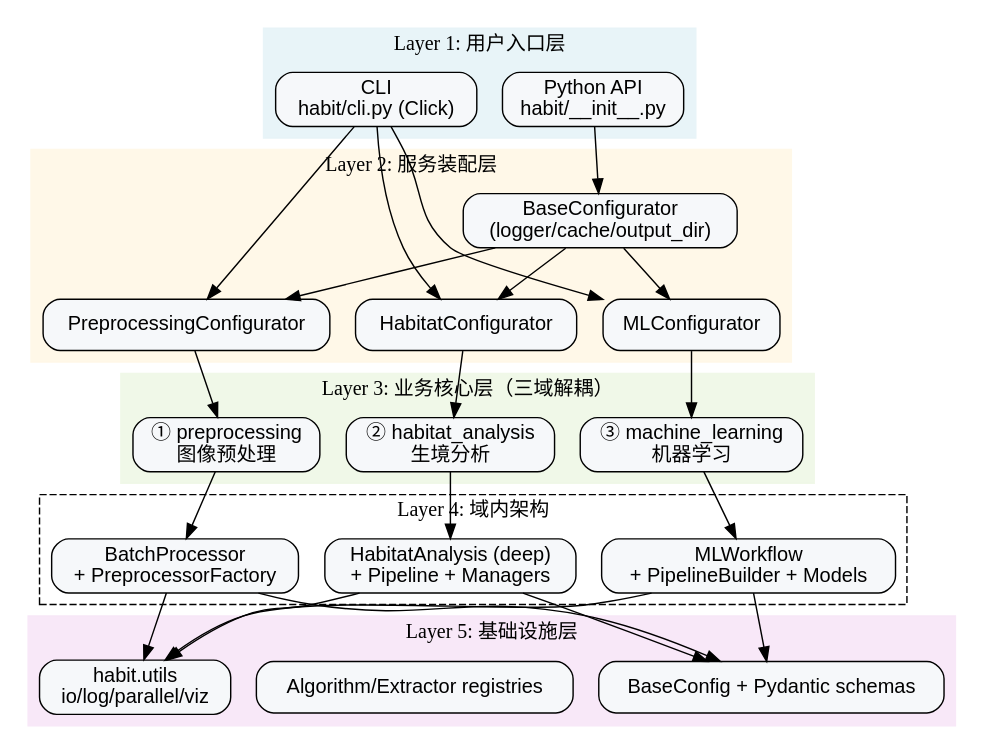
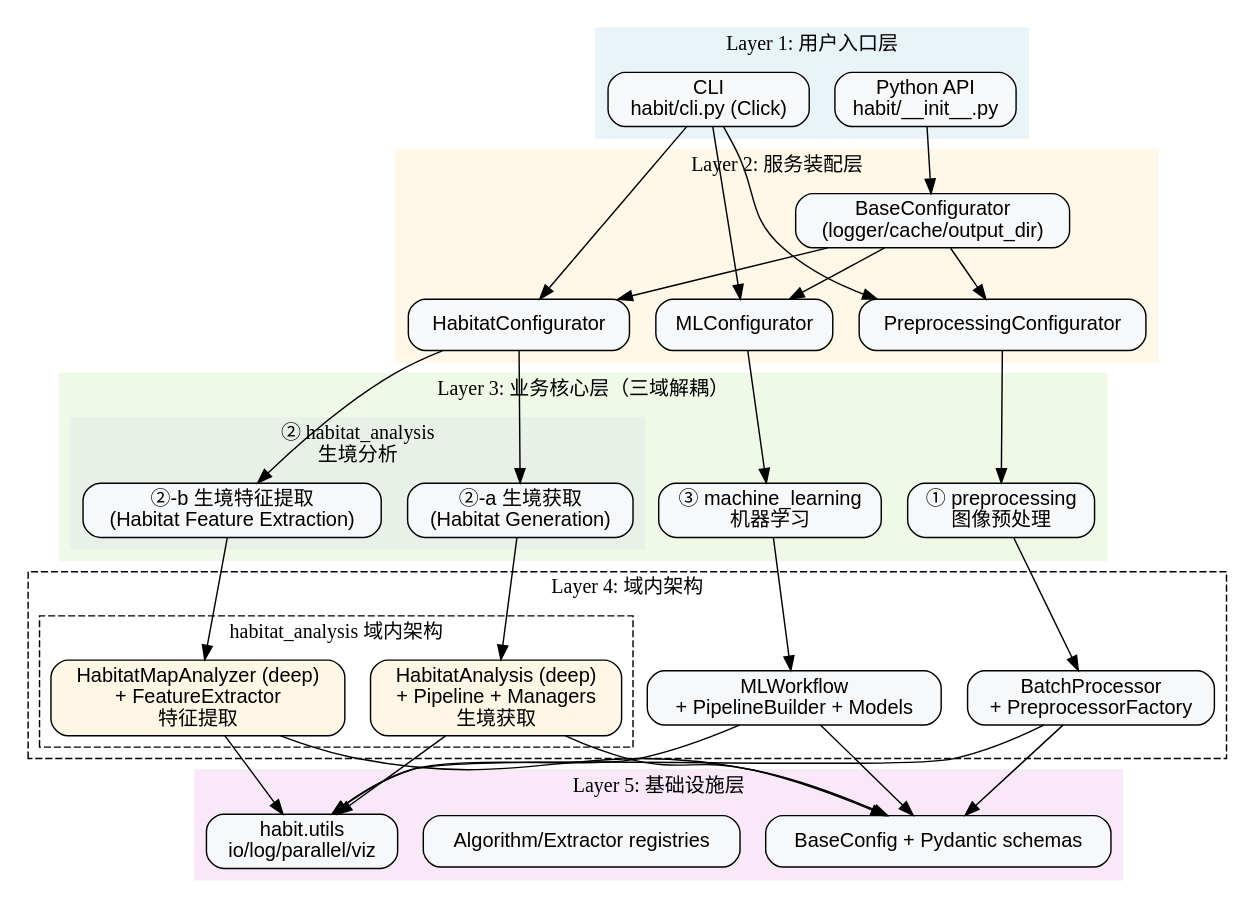
One commit to lichao312214129/HABIT changed the first of 5 diagrams in docs/source/development/architecture.rst. Above: the diagram before and after it, drawn with Graphviz. The commit also changed other lines of this file and 1 other file, not shown here.

```diff
--- a/docs/source/development/architecture.rst
+++ b/docs/source/development/architecture.rst
@@ -64,7 +68,12 @@
            label="Layer 3: 业务核心层（三域解耦）";
            style=filled; color="#f0f8e8";
            Pre [label="① preprocessing\n图像预处理"];
-           Habitat [label="② habitat_analysis\n生境分析"];
+           subgraph cluster_habitat {
+               label="② habitat_analysis\n生境分析";
+               style=filled; color="#e8f0e8";
+               HabitatGen [label="②-a 生境获取\n(Habitat Generation)"];
+               HabitatFeat [label="②-b 生境特征提取\n(Habitat Feature Extraction)"];
+           }
            ML [label="③ machine_learning\n机器学习"];
        }
 
@@ -72,7 +81,12 @@
            label="Layer 4: 域内架构";
            style=dashed; color="#bbb";
            PreArch [label="BatchProcessor\n+ PreprocessorFactory"];
-           HabitatArch [label="HabitatAnalysis (deep)\n+ Pipeline + Managers"];
+           subgraph cluster_habitat_arch {
+               label="habitat_analysis 域内架构";
+               style=dashed;
+               GenArch [label="HabitatAnalysis (deep)\n+ Pipeline + Managers\n生境获取", fillcolor="#fff7e6"];
+               FeatArch [label="HabitatMapAnalyzer (deep)\n+ FeatureExtractor\n特征提取", fillcolor="#fff7e6"];
+           }
            MLArch [label="MLWorkflow\n+ PipelineBuilder + Models"];
        }
 
@@ -94,18 +108,22 @@
        BaseCfg -> PreCfg;
 
        PreCfg -> Pre;
-       HabitatCfg -> Habitat;
+       HabitatCfg -> HabitatGen;
+       HabitatCfg -> HabitatFeat;
        MLCfg -> ML;
 
        Pre -> PreArch;
-       Habitat -> HabitatArch;
+       HabitatGen -> GenArch;
+       HabitatFeat -> FeatArch;
        ML -> MLArch;
 
        PreArch -> Configs;
-       HabitatArch -> Configs;
+       GenArch -> Configs;
+       FeatArch -> Configs;
        MLArch -> Configs;
 
        PreArch -> Utils;
-       HabitatArch -> Utils;
+       GenArch -> Utils;
+       FeatArch -> Utils;
        MLArch -> Utils;
    }
```
